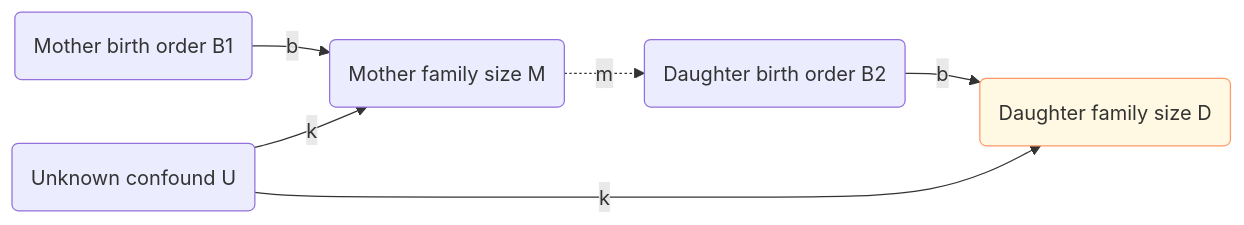
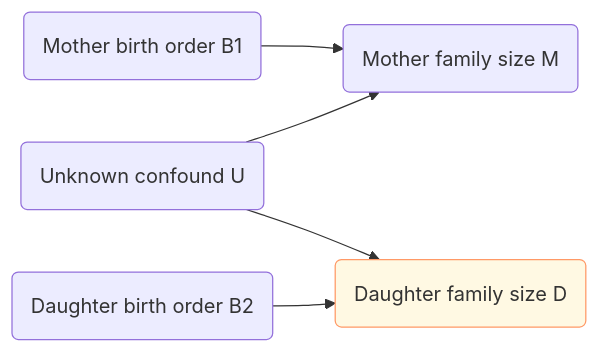
One commit to erikaduan/textbook_notes changed the first of 4 diagrams in blog_posts/regression_richard_mcelreath.md. Above: the diagram before and after it, drawn with Mermaid. The commit also changed other lines of this file and 4 other files, not shown here.

````diff
--- a/blog_posts/regression_richard_mcelreath.md
+++ b/blog_posts/regression_richard_mcelreath.md
@@ -112,12 +115,10 @@
 ``` mermaid
 flowchart LR  
-  A(Mother birth order B1) --b--> B(Mother family size M) 
-  C(Unknown confound U) --k--> B 
+  A(Mother birth order B1) --> B(Mother family size M) 
+  C(Unknown confound U) --> B 
   
-  D(Daughter birth order B2) --b--> E(Daughter family size D) 
-  C --k--> E
-  
-  B -.m.-> D
+  D(Daughter birth order B2) --> E(Daughter family size D) 
+  C --> E
   
   style E fill:#Fff9e3,stroke:#f96
 ```
````
